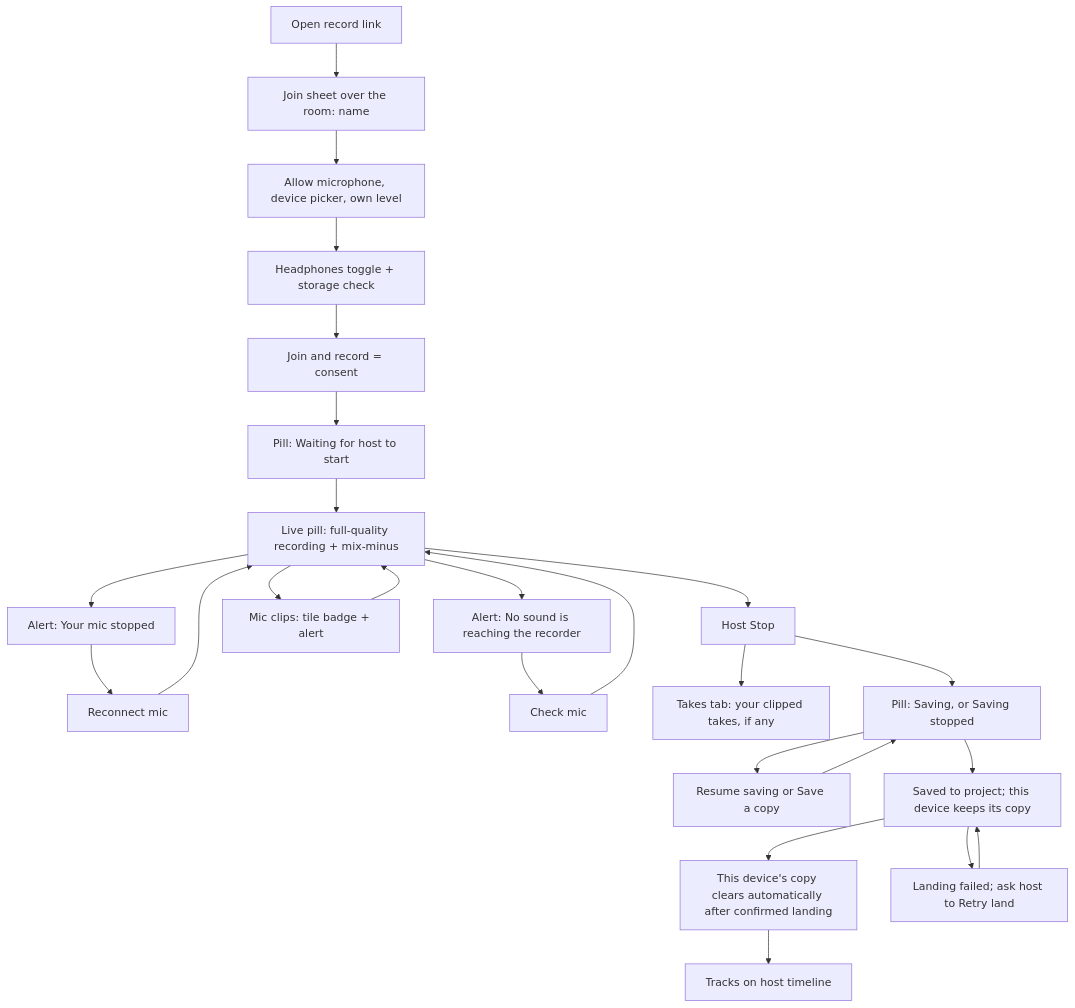
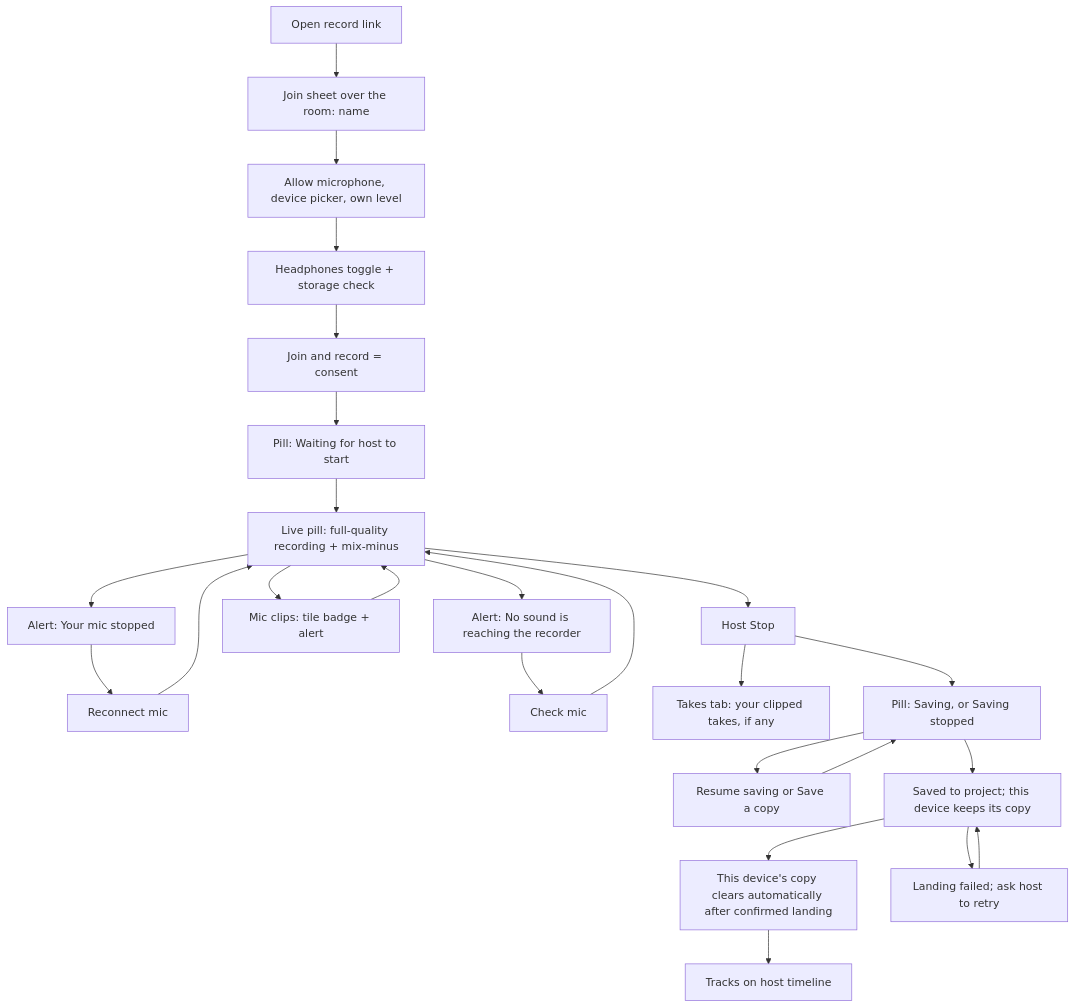
The fifth of 6 diagrams in ux/pages/guest-journeys.md (calebn/sharecut-studio), drawn with Mermaid before and after one commit. The commit also changed other lines of this file and 6 other files, not shown here.

````diff
--- a/ux/pages/guest-journeys.md
+++ b/ux/pages/guest-journeys.md
@@ -203,27 +203,27 @@
 ```mermaid
 flowchart TD
   open[Open record link] --> sheet[Join sheet over the room: name]
   sheet --> devices[Allow microphone, device picker, own level]
   devices --> phones[Headphones toggle + storage check]
   phones --> join[Join and record = consent]
   join --> wait[Pill: Waiting for host to start]
   wait --> rec[Live pill: full-quality recording + mix-minus]
   rec --> lost[Alert: Your mic stopped]
   lost --> reconnect[Reconnect mic]
   reconnect --> rec
   rec --> silent[Alert: No sound is reaching the recorder]
   silent --> check[Check mic]
   check --> rec
   rec --> clip[Mic clips: tile badge + alert]
   clip --> rec
   rec --> stop[Host Stop]
   stop --> clipped[Takes tab: your clipped takes, if any]
   stop --> saving[Pill: Saving, or Saving stopped]
   saving --> recovery[Resume saving or Save a copy]
   recovery --> saving
   saving --> staged[Saved to project; this device keeps its copy]
   staged --> opfs[This device's copy clears automatically after confirmed landing]
-  staged --> failed[Landing failed; ask host to Retry land]
+  staged --> failed[Landing failed; ask host to retry]
   failed --> staged
   opfs --> done[Tracks on host timeline]
 ```
````
